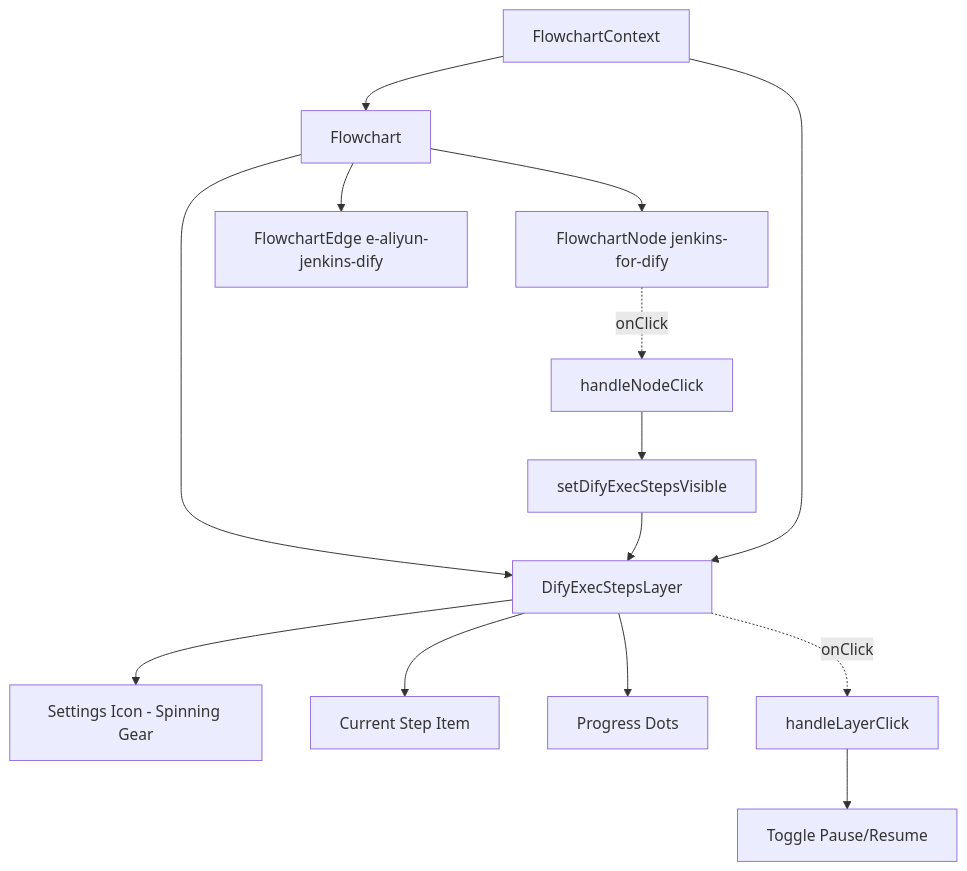
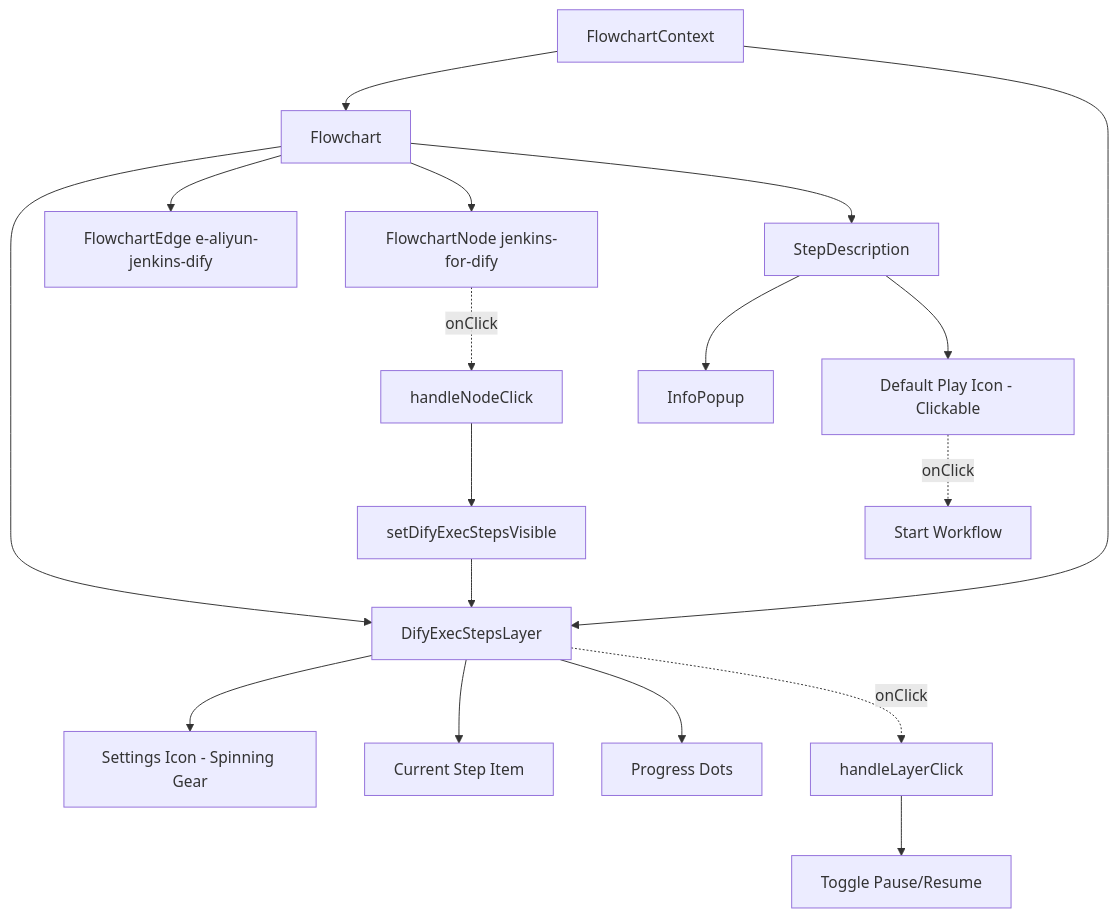
The diagram in .claude/specs/feat008_dify-exec-steps-layer/design.md (allenxu-lego/gc-tech-intro-site), drawn with Mermaid before and after one commit. The commit also changed other lines of this file and 2 other files, not shown here.

````diff
--- a/.claude/specs/feat008_dify-exec-steps-layer/design.md
+++ b/.claude/specs/feat008_dify-exec-steps-layer/design.md
@@ -36,16 +46,20 @@
 ```mermaid
 graph TD
     A[FlowchartContext] --> B[Flowchart]
     B --> C[DifyExecStepsLayer]
     A --> C
     C --> D[Settings Icon - Spinning Gear]
     C --> E[Current Step Item]
     C --> F[Progress Dots]
     B --> G[FlowchartEdge e-aliyun-jenkins-dify]
     B --> H[FlowchartNode jenkins-for-dify]
     H -.->|onClick| I[handleNodeClick]
     I --> J[setDifyExecStepsVisible]
     J --> C
     C -.->|onClick| K[handleLayerClick]
     K --> L[Toggle Pause/Resume]
+    B --> M[StepDescription]
+    M --> N[InfoPopup]
+    M --> O[Default Play Icon - Clickable]
+    O -.->|onClick| P[Start Workflow]
 ```
````
